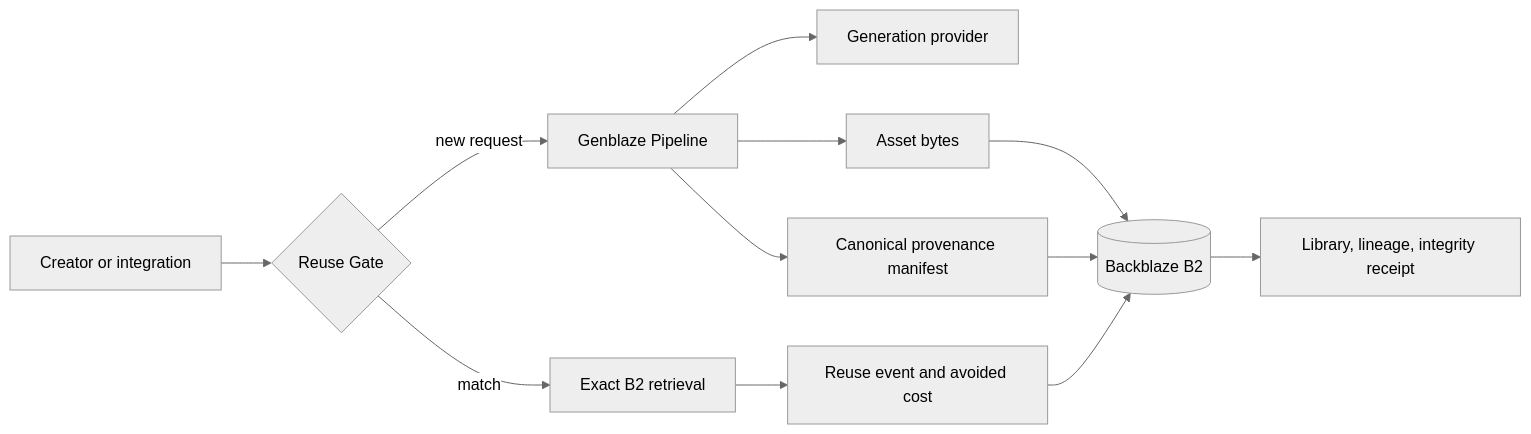
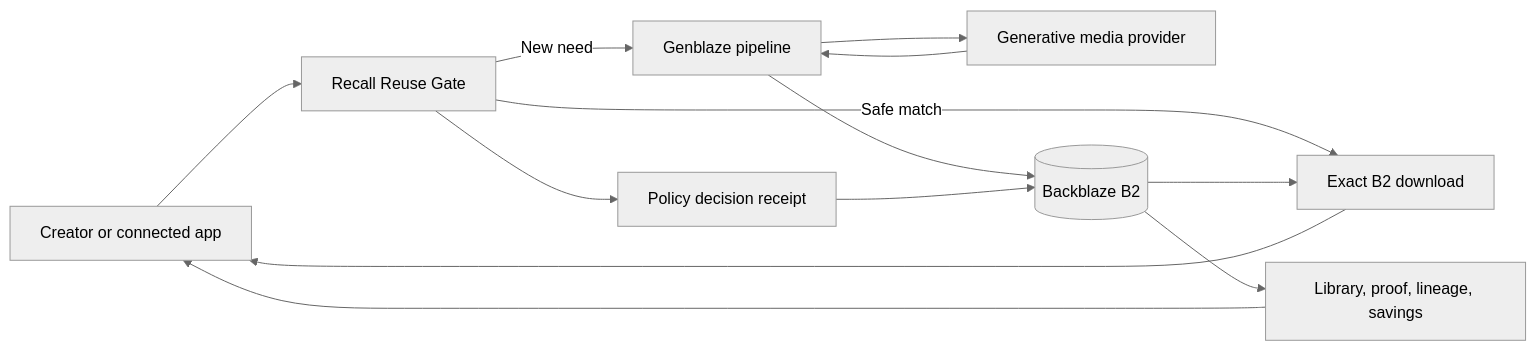
Before and after one commit to usv240/recall-generation-memory: the diagram in README.md, drawn with Mermaid (neutral theme). The commit also changed other lines of this file and 4 other files, not shown here.

````diff
--- a/README.md
+++ b/README.md
@@ -61,14 +70,15 @@
-```mermaid
+~~~mermaid
 flowchart LR
-  U[Creator or integration] --> G{Reuse Gate}
-  G -->|match| R[Exact B2 retrieval]
-  G -->|new request| P[Genblaze Pipeline]
-  P --> M[Generation provider]
-  P --> A[Asset bytes]
-  A --> B[(Backblaze B2)]
-  P --> X[Canonical provenance manifest]
-  X --> B
-  B --> L[Library, lineage, integrity receipt]
-  R --> E[Reuse event and avoided cost]
-  E --> B
-```
+    U[Creator or connected app] --> R[Recall Reuse Gate]
+    R -->|Safe match| D[Exact B2 download]
+    R -->|New need| G[Genblaze pipeline]
+    G --> P[Generative media provider]
+    P --> G
+    G --> B[(Backblaze B2)]
+    B --> D
+    R --> C[Policy decision receipt]
+    C --> B
+    B --> L[Library, proof, lineage, savings]
+    D --> U
+    L --> U
+~~~
````
